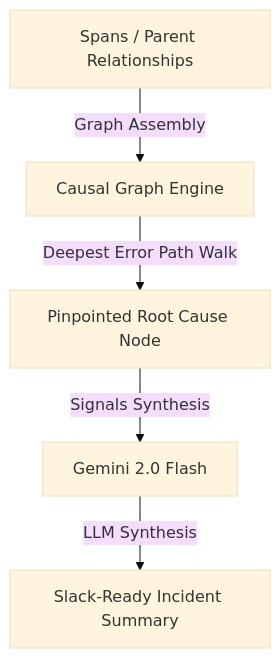
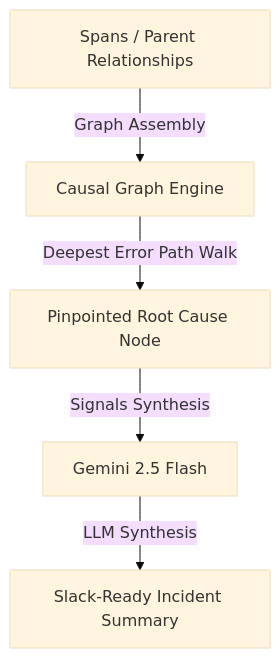
The fourth of 5 diagrams in agents.md (jonathanjordy/web-portal-for-grafana-otel-demo), drawn with Mermaid (base theme) before and after one commit. The commit also changed other lines of this file and 2 other files, not shown here.

Commit message:
change to gemin 2.5 flash

````diff
--- a/agents.md
+++ b/agents.md
@@ -162,7 +162,7 @@
 ```mermaid
 graph TD
     Traces["Spans / Parent Relationships"] -->|Graph Assembly| Graph["Causal Graph Engine"]
     Graph -->|Deepest Error Path Walk| Root["Pinpointed Root Cause Node"]
-    Root -->|Signals Synthesis| Gemini["Gemini 2.0 Flash"]
+    Root -->|Signals Synthesis| Gemini["Gemini 2.5 Flash"]
     Gemini -->|LLM Synthesis| Summary[" Slack-Ready Incident Summary"]
 ```
````
